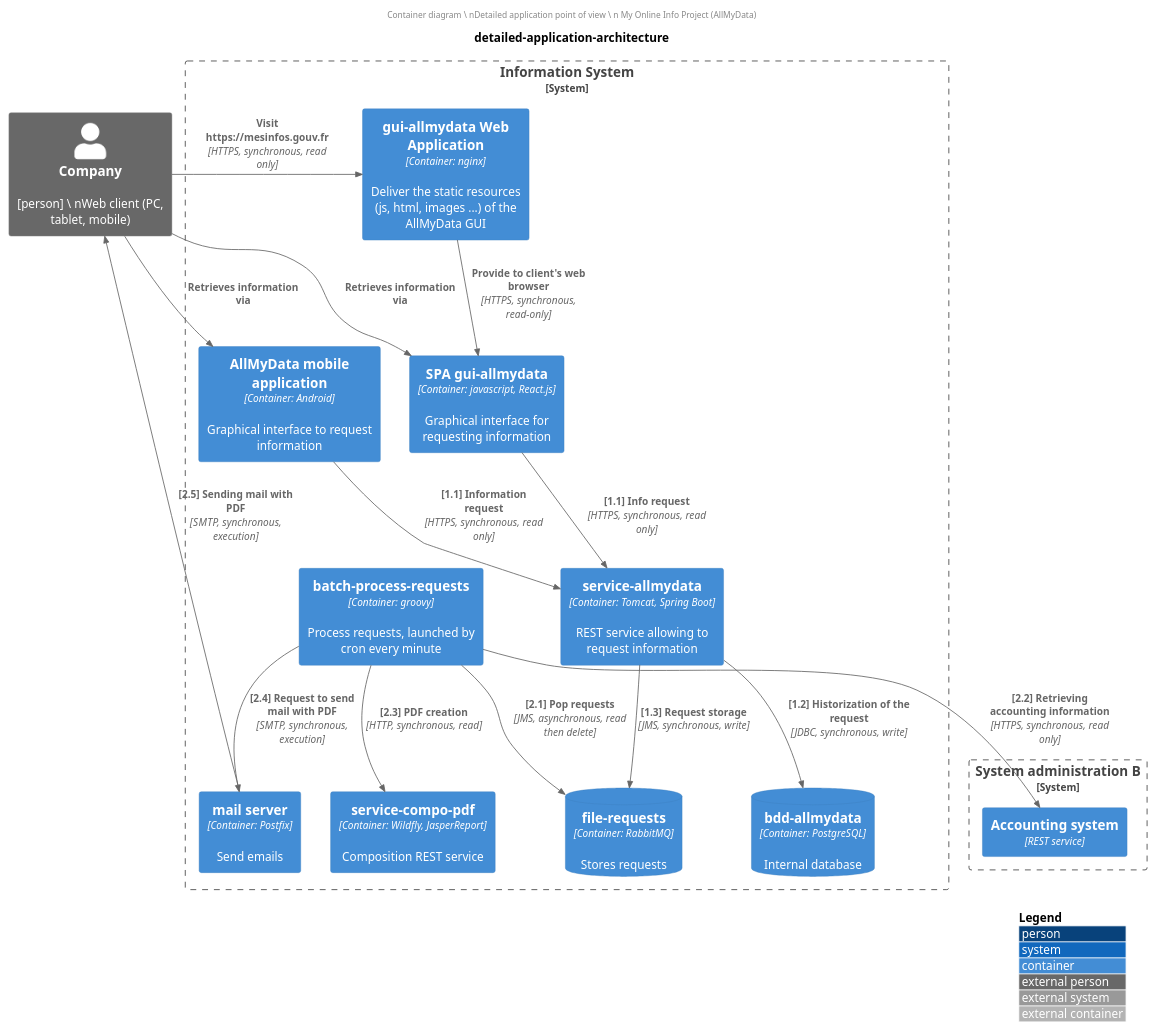
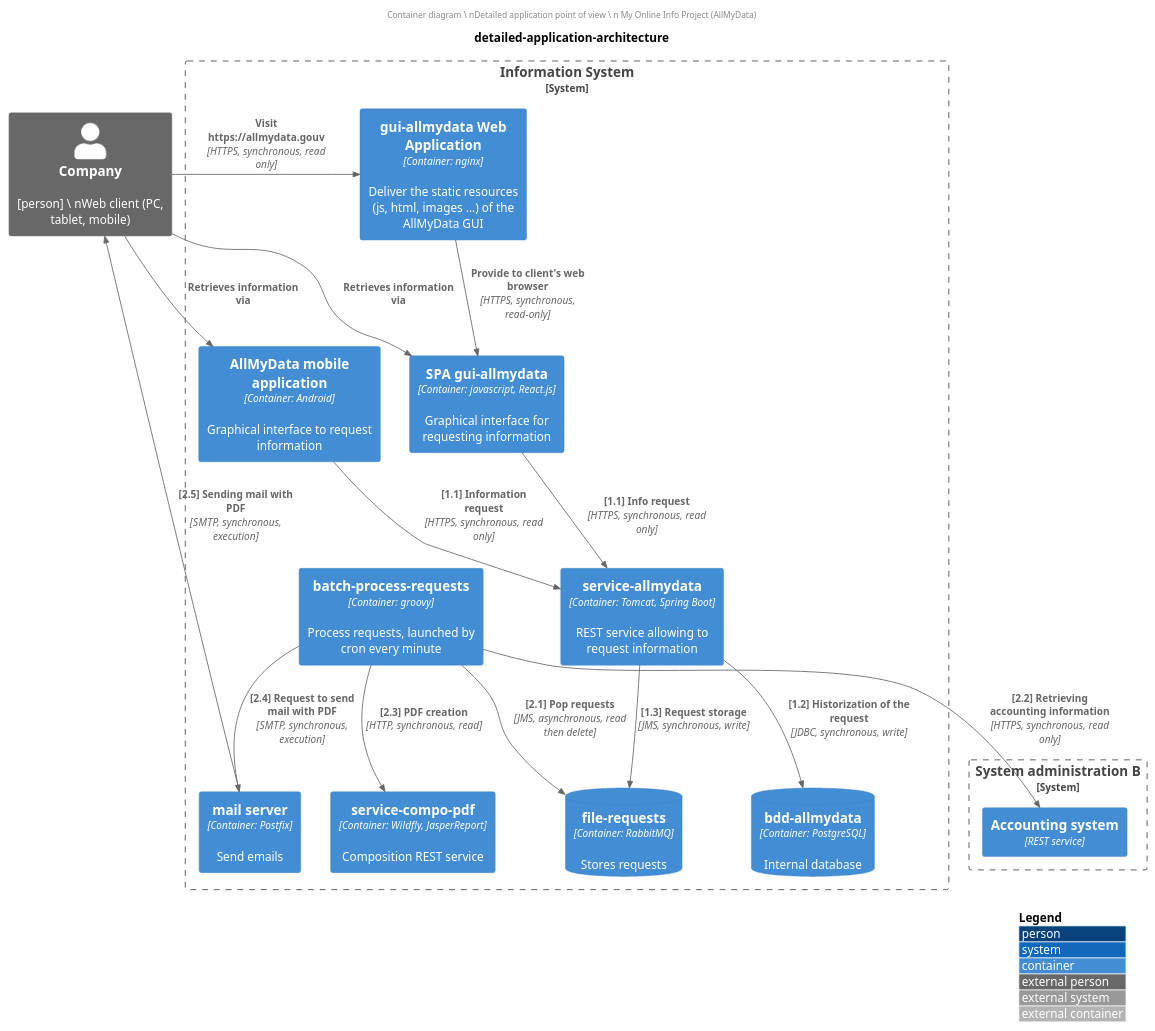
Before and after one commit to bflorat/architecture-document-template: the diagram in diagrams/detailled-application-design.puml, drawn with PlantUML. The commit also changed 1 other file, not shown here.

```diff
--- a/diagrams/detailled-application-design.puml
+++ b/diagrams/detailled-application-design.puml
@@ -1,38 +1,38 @@
 @startuml
 !include C4/C4_Container.puml
 title detailed-application-architecture
 header Container diagram \ nDetailed application point of view \ n My Online Info Project (AllMyData)
 LAYOUT_WITH_LEGEND()
 Person_Ext(company, "Company", "[person] \ nWeb client (PC, tablet, mobile)")
 
 System_Boundary(administration, "System administration B") {
     Container(scompta, "Accounting system", "REST service")
 }
 
 System_Boundary(si, "Information System") {
     Container(static_resources, "gui-allmydata Web Application", "Container: nginx", "Deliver the static resources (js, html, images ...) of the AllMyData GUI")
     Container(spa, "SPA gui-allmydata", "Container: javascript, React.js", "Graphical interface for requesting information")
     Container(mobile, "AllMyData mobile application", "Container: Android", "Graphical interface to request information")
     Container(sm, "service-allmydata", "Container: Tomcat, Spring Boot", "REST service allowing to request information")
     Container(batch, "batch-process-requests", "Container: groovy", "Process requests, launched by cron every minute")
     ContainerDb(file, "file-requests", "Container: RabbitMQ", "Stores requests")
     ContainerDb(bdd, "bdd-allmydata", "Container: PostgreSQL", "Internal database")
     Container(compo, "service-compo-pdf", "Container: Wildfly, JasperReport", "Composition REST service")
     Container(smails, "mail server", "Container: Postfix", "Send emails")
 }
 
-Rel(company, static_resources, "Visit https://mesinfos.gouv.fr", "HTTPS, synchronous, read only")
+Rel(company, static_resources, "Visit https://allmydata.gouv", "HTTPS, synchronous, read only")
 Rel(company, spa, "Retrieves information via")
 Rel(company, mobile, "Retrieves information via")
 Rel(static_resources, spa, "Provide to client's web browser", "HTTPS, synchronous, read-only")
 Rel(spa, sm, "[1.1] Info request", "HTTPS, synchronous, read only")
 Rel(mobile, sm, "[1.1] Information request", "HTTPS, synchronous, read only")
 Rel(sm, bdd, "[1.2] Historization of the request", "JDBC, synchronous, write")
 Rel(sm, file, "[1.3] Request storage", "JMS, synchronous, write")
 Rel(batch, file, "[2.1] Pop requests", "JMS, asynchronous, read then delete")
 Rel(batch, scompta, "[2.2] Retrieving accounting information", "HTTPS, synchronous, read only")
 Rel(batch, compo, "[2.3] PDF creation", "HTTP, synchronous, read")
 Rel(batch, smails, "[2.4] Request to send mail with PDF", "SMTP, synchronous, execution")
 Rel(smails, company, "[2.5] Sending mail with PDF", "SMTP, synchronous, execution")
 
 @enduml
```
